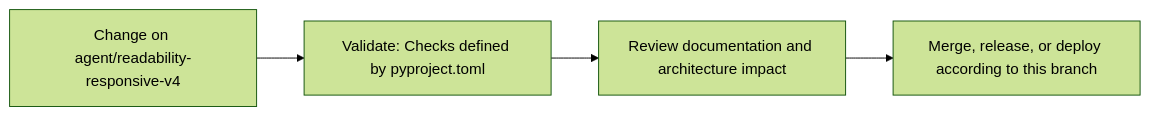
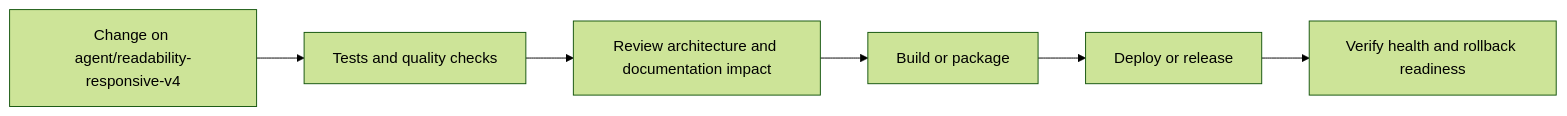
One commit to Nischhalsubba/HajiriFlow changed the seventh of 8 diagrams in README.md. Above: the diagram before and after it, drawn with Mermaid (forest theme). The commit also changed other lines of this file, not shown here.

````diff
--- a/README.md
+++ b/README.md
@@ -67,8 +192,8 @@
 ```mermaid
 flowchart LR
-    CHANGE["Change on agent/readability-responsive-v4"]
-    CHECK["Validate: Checks defined by pyproject.toml"]
-    REVIEW["Review documentation and architecture impact"]
-    RELEASE["Merge, release, or deploy according to this branch"]
-    CHANGE --> CHECK --> REVIEW --> RELEASE
+    CHANGE["Change on agent/readability-responsive-v4"] --> CHECK["Tests and quality checks"]
+    CHECK --> REVIEW["Review architecture and documentation impact"]
+    REVIEW --> BUILD["Build or package"]
+    BUILD --> DEPLOY["Deploy or release"]
+    DEPLOY --> VERIFY["Verify health and rollback readiness"]
 ```
````
